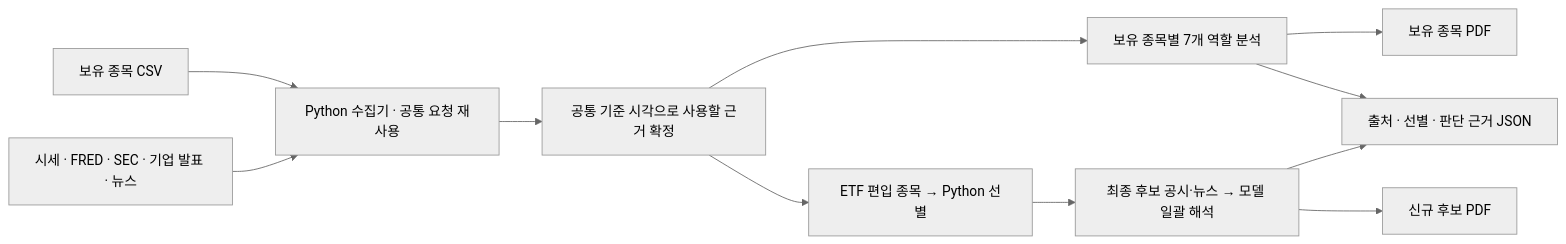
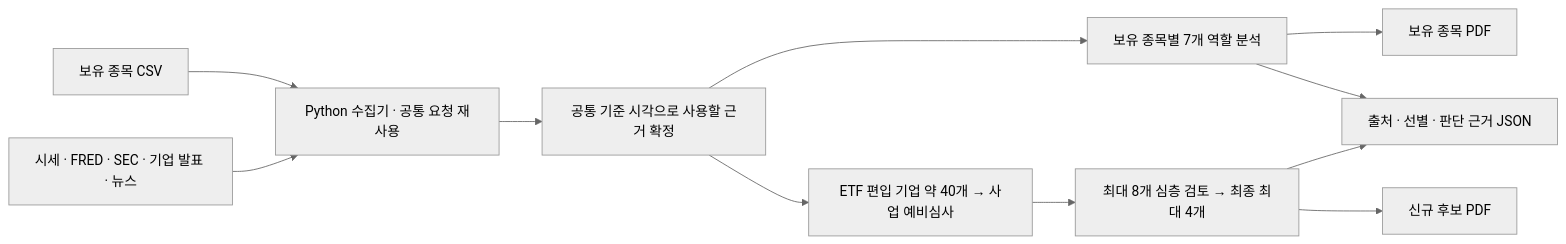
One commit to KyungsubJee/Market_Thesis_Lab changed the first of 2 diagrams in README.md. Above: the diagram before and after it, drawn with Mermaid (neutral theme). The commit also changed other lines of this file and 45 other files, not shown here.

````diff
--- a/README.md
+++ b/README.md
@@ -40,13 +40,13 @@
 ```mermaid
 flowchart LR
     CSV["보유 종목 CSV"] --> PY["Python 수집기 · 공통 요청 재사용"]
     DATA["시세 · FRED · SEC · 기업 발표 · 뉴스"] --> PY
     PY --> SNAP["공통 기준 시각으로 사용할 근거 확정"]
     SNAP --> HELD["보유 종목별 7개 역할 분석"]
-    SNAP --> SCREEN["ETF 편입 종목 → Python 선별"]
-    SCREEN --> LLM["최종 후보 공시·뉴스 → 모델 일괄 해석"]
+    SNAP --> SCREEN["ETF 편입 기업 약 40개 → 사업 예비심사"]
+    SCREEN --> LLM["최대 8개 심층 검토 → 최종 최대 4개"]
     HELD --> HPDF["보유 종목 PDF"]
     LLM --> DPDF["신규 후보 PDF"]
     HELD --> EVID["출처 · 선별 · 판단 근거 JSON"]
     LLM --> EVID
 ```
````
